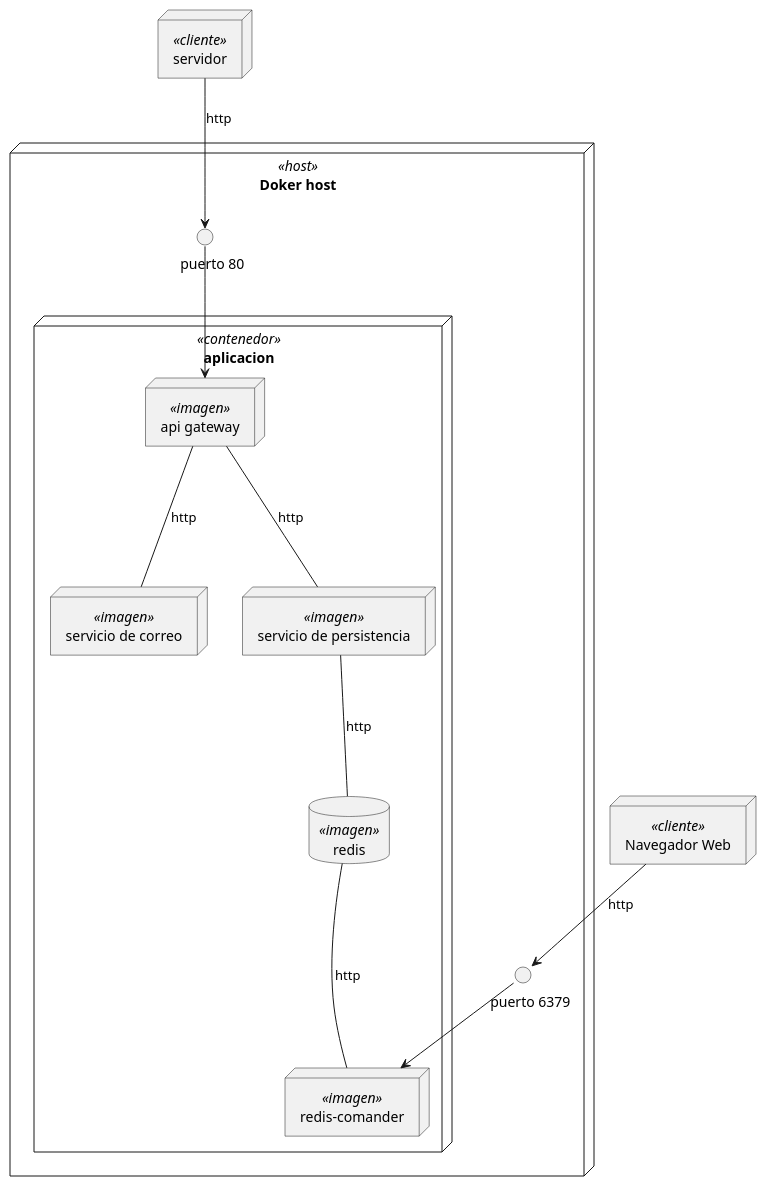
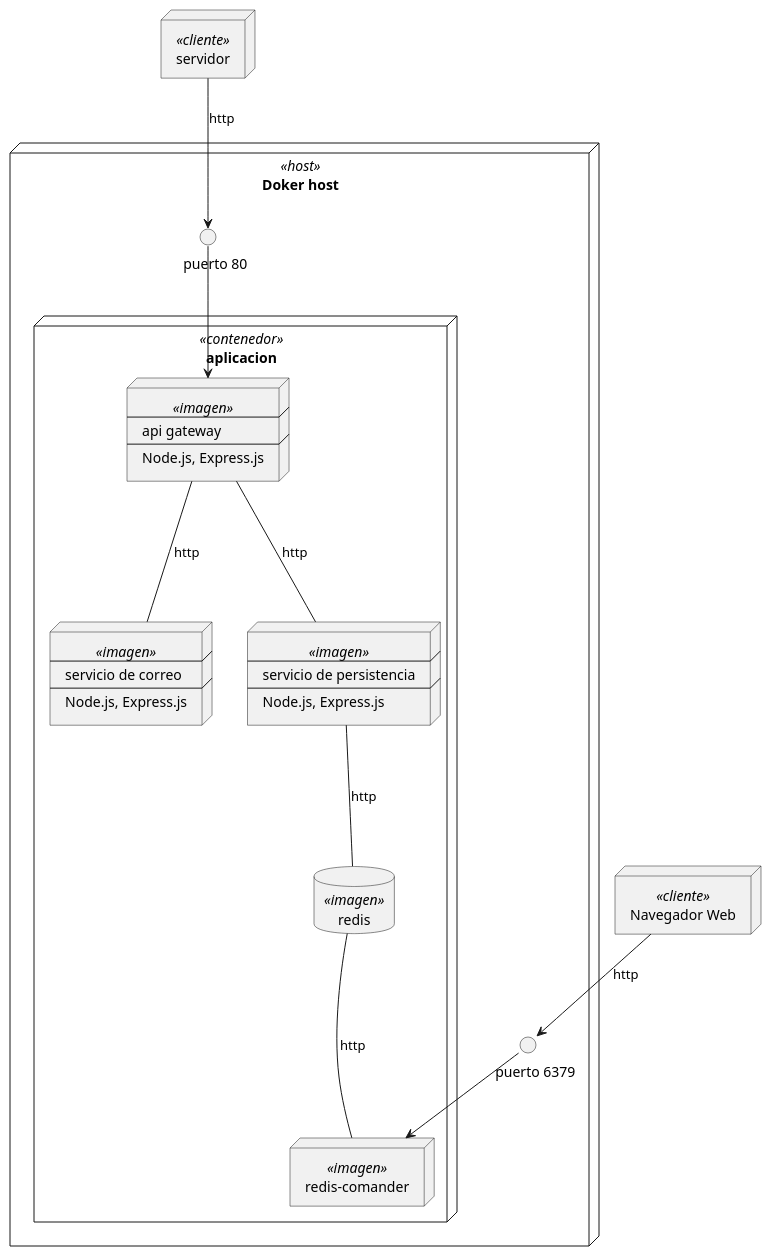
The diagram in .arquitectura/Diagrama de despliegue/despliegue.plantuml (krivxII/Auth-Layer-Service), drawn with PlantUML before and after one commit. The commit also changed other lines of this file, not shown here.

```diff
--- a/.arquitectura/Diagrama de despliegue/despliegue.plantuml
+++ b/.arquitectura/Diagrama de despliegue/despliegue.plantuml
@@ -1,24 +1,38 @@
 @startuml
 node servidor <<cliente>>
 node "Navegador Web"<<cliente>>
 node "Doker host" <<host>>{
     circle "    puerto 80"
     circle "    puerto 6379"
     node "aplicacion" <<contenedor>>{
-        node "servicio de correo" <<imagen>>
-        node "servicio de persistencia" <<imagen>>
-        node "api gateway" <<imagen>>
+
+        node servicio_de_correo <<imagen>> [----
+        servicio de correo
+        ----
+        Node.js, Express.js]
+
+        node servicio_de_persistencia <<imagen>> [----
+        servicio de persistencia
+        ----
+        Node.js, Express.js]
+
+        node api_gateway <<imagen>> [----
+        api gateway
+        ----
+        Node.js, Express.js]
+
+
         database "redis" <<imagen>>
         node "redis-comander" <<imagen>>
     }
 }
 
 servidor --> [    puerto 80]: http
 [Navegador Web]--> [    puerto 6379]: http
-[    puerto 80]--> [api gateway]
+[    puerto 80]--> api_gateway 
 [    puerto 6379]--> [redis-comander]
-[api gateway] --- [servicio de correo]: http
-[api gateway] --- [servicio de persistencia]: http
-[servicio de persistencia] --- redis: http
+api_gateway  --- servicio_de_correo : http
+api_gateway  --- servicio_de_persistencia : http
+servicio_de_persistencia  --- redis: http
 redis--- [redis-comander]: http
 @enduml
```
